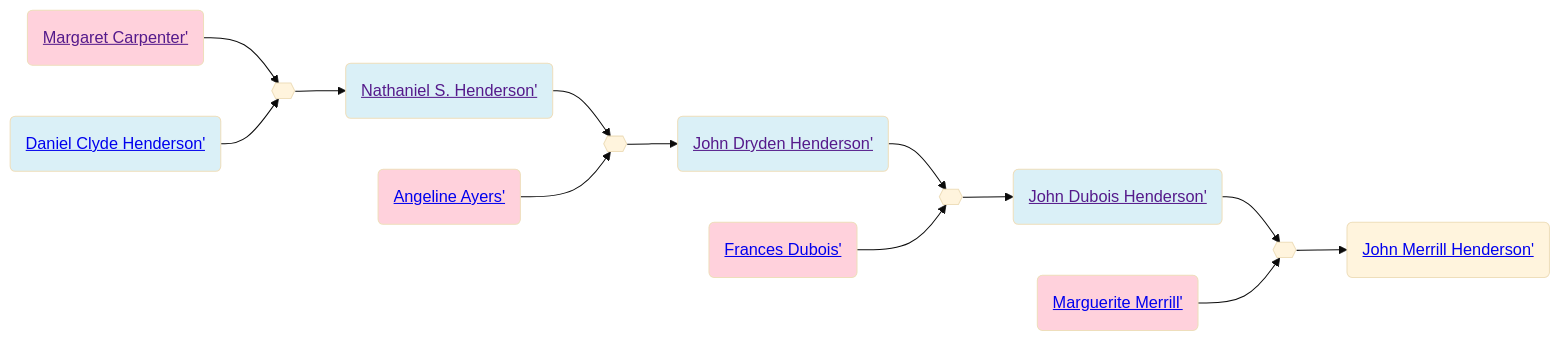
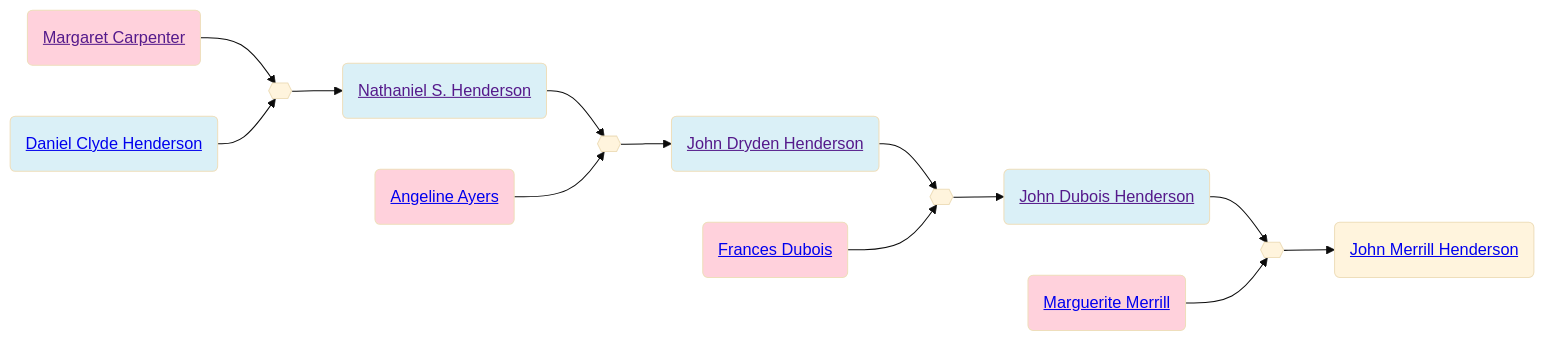
Before and after one commit to neelsmith/avocational: the diagram in familyhistory/sources/people/Henderson-line/Carpenter-line/Margaret_Carpenter.qmd, drawn with Mermaid (base theme). The commit also changed 96 other files, not shown here.

````diff
--- a/familyhistory/sources/people/Henderson-line/Carpenter-line/Margaret_Carpenter.qmd
+++ b/familyhistory/sources/people/Henderson-line/Carpenter-line/Margaret_Carpenter.qmd
@@ -26,32 +26,32 @@
 ```{mermaid}
 graph LR
 %% LR descendant diagram
 class Margaret_Carpenter_and_Daniel_Clyde_Henderson marriage
-Margaret_Carpenter(<a href=''>Margaret Carpenter'</>) --> Margaret_Carpenter_and_Daniel_Clyde_Henderson{{ }}
-Daniel_Clyde_Henderson(<a href='./../Daniel_Clyde_Henderson.html'>Daniel Clyde Henderson'</>) --> Margaret_Carpenter_and_Daniel_Clyde_Henderson{{ }}
+Margaret_Carpenter(<a href=''>Margaret Carpenter</a>) --> Margaret_Carpenter_and_Daniel_Clyde_Henderson{{ }}
+Daniel_Clyde_Henderson(<a href='./../Daniel_Clyde_Henderson.html'>Daniel Clyde Henderson</a>) --> Margaret_Carpenter_and_Daniel_Clyde_Henderson{{ }}
 class Daniel_Clyde_Henderson father
 class Margaret_Carpenter mother
-Margaret_Carpenter_and_Daniel_Clyde_Henderson{{ }} --> Nathaniel_S._Henderson(<a href='./../Nathaniel_S._Henderson.html'>Nathaniel S. Henderson'</>)
+Margaret_Carpenter_and_Daniel_Clyde_Henderson{{ }} --> Nathaniel_S._Henderson(<a href='./../Nathaniel_S._Henderson.html'>Nathaniel S. Henderson</a>)
 class Nathaniel_S._Henderson_and_Angeline_Ayers marriage
-Nathaniel_S._Henderson(<a href=''>Nathaniel S. Henderson'</>) --> Nathaniel_S._Henderson_and_Angeline_Ayers{{ }}
-Angeline_Ayers(<a href='./Ayers-line/Angeline_Ayers.html'>Angeline Ayers'</>) --> Nathaniel_S._Henderson_and_Angeline_Ayers{{ }}
+Nathaniel_S._Henderson(<a href=''>Nathaniel S. Henderson</a>) --> Nathaniel_S._Henderson_and_Angeline_Ayers{{ }}
+Angeline_Ayers(<a href='./Ayers-line/Angeline_Ayers.html'>Angeline Ayers</a>) --> Nathaniel_S._Henderson_and_Angeline_Ayers{{ }}
 class Nathaniel_S._Henderson father
 class Angeline_Ayers mother
-Nathaniel_S._Henderson_and_Angeline_Ayers{{ }} --> John_Dryden_Henderson(<a href='./John_Dryden_Henderson.html'>John Dryden Henderson'</>)
+Nathaniel_S._Henderson_and_Angeline_Ayers{{ }} --> John_Dryden_Henderson(<a href='./John_Dryden_Henderson.html'>John Dryden Henderson</a>)
 class John_Dryden_Henderson_and_Frances_Dubois marriage
-John_Dryden_Henderson(<a href=''>John Dryden Henderson'</>) --> John_Dryden_Henderson_and_Frances_Dubois{{ }}
-Frances_Dubois(<a href='./Dubois-line/Frances_Dubois.html'>Frances Dubois'</>) --> John_Dryden_Henderson_and_Frances_Dubois{{ }}
+John_Dryden_Henderson(<a href=''>John Dryden Henderson</a>) --> John_Dryden_Henderson_and_Frances_Dubois{{ }}
+Frances_Dubois(<a href='./Dubois-line/Frances_Dubois.html'>Frances Dubois</a>) --> John_Dryden_Henderson_and_Frances_Dubois{{ }}
 class John_Dryden_Henderson father
 class Frances_Dubois mother
-John_Dryden_Henderson_and_Frances_Dubois{{ }} --> John_Dubois_Henderson(<a href='./John_Dubois_Henderson.html'>John Dubois Henderson'</>)
+John_Dryden_Henderson_and_Frances_Dubois{{ }} --> John_Dubois_Henderson(<a href='./John_Dubois_Henderson.html'>John Dubois Henderson</a>)
 class John_Dubois_Henderson_and_Marguerite_Merrill marriage
-John_Dubois_Henderson(<a href=''>John Dubois Henderson'</>) --> John_Dubois_Henderson_and_Marguerite_Merrill{{ }}
-Marguerite_Merrill(<a href='./../Merrill-line/Marguerite_Merrill.html'>Marguerite Merrill'</>) --> John_Dubois_Henderson_and_Marguerite_Merrill{{ }}
+John_Dubois_Henderson(<a href=''>John Dubois Henderson</a>) --> John_Dubois_Henderson_and_Marguerite_Merrill{{ }}
+Marguerite_Merrill(<a href='./../Merrill-line/Marguerite_Merrill.html'>Marguerite Merrill</a>) --> John_Dubois_Henderson_and_Marguerite_Merrill{{ }}
 class John_Dubois_Henderson father
 class Marguerite_Merrill mother
-John_Dubois_Henderson_and_Marguerite_Merrill{{ }} --> John_Merrill_Henderson(<a href='./John_Merrill_Henderson.html'>John Merrill Henderson'</>)
+John_Dubois_Henderson_and_Marguerite_Merrill{{ }} --> John_Merrill_Henderson(<a href='./John_Merrill_Henderson.html'>John Merrill Henderson</a>)
 classDef mother fill:#ffd1dc
 classDef father fill:#daf0f7  
 classDef marriage fill:#ffffff
 
 ```
````
